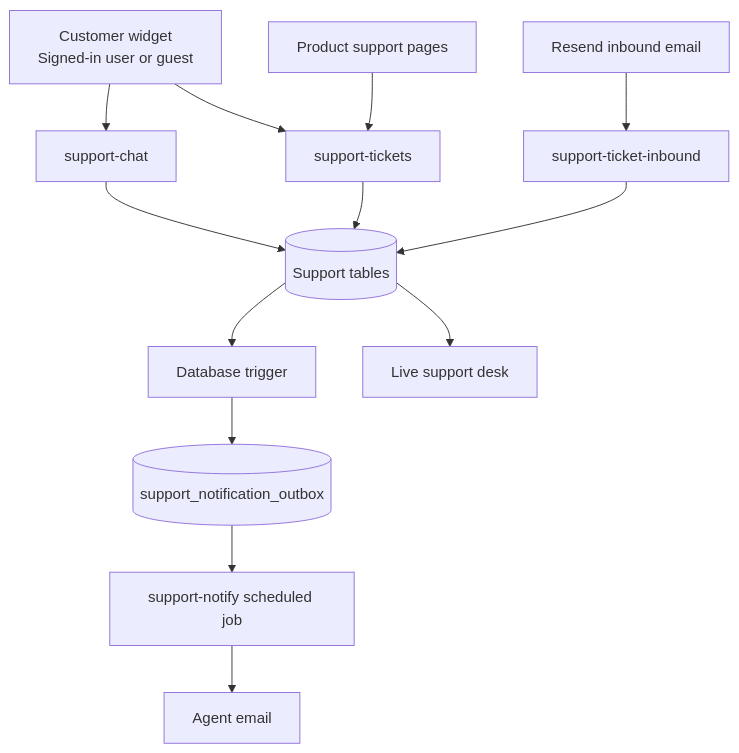
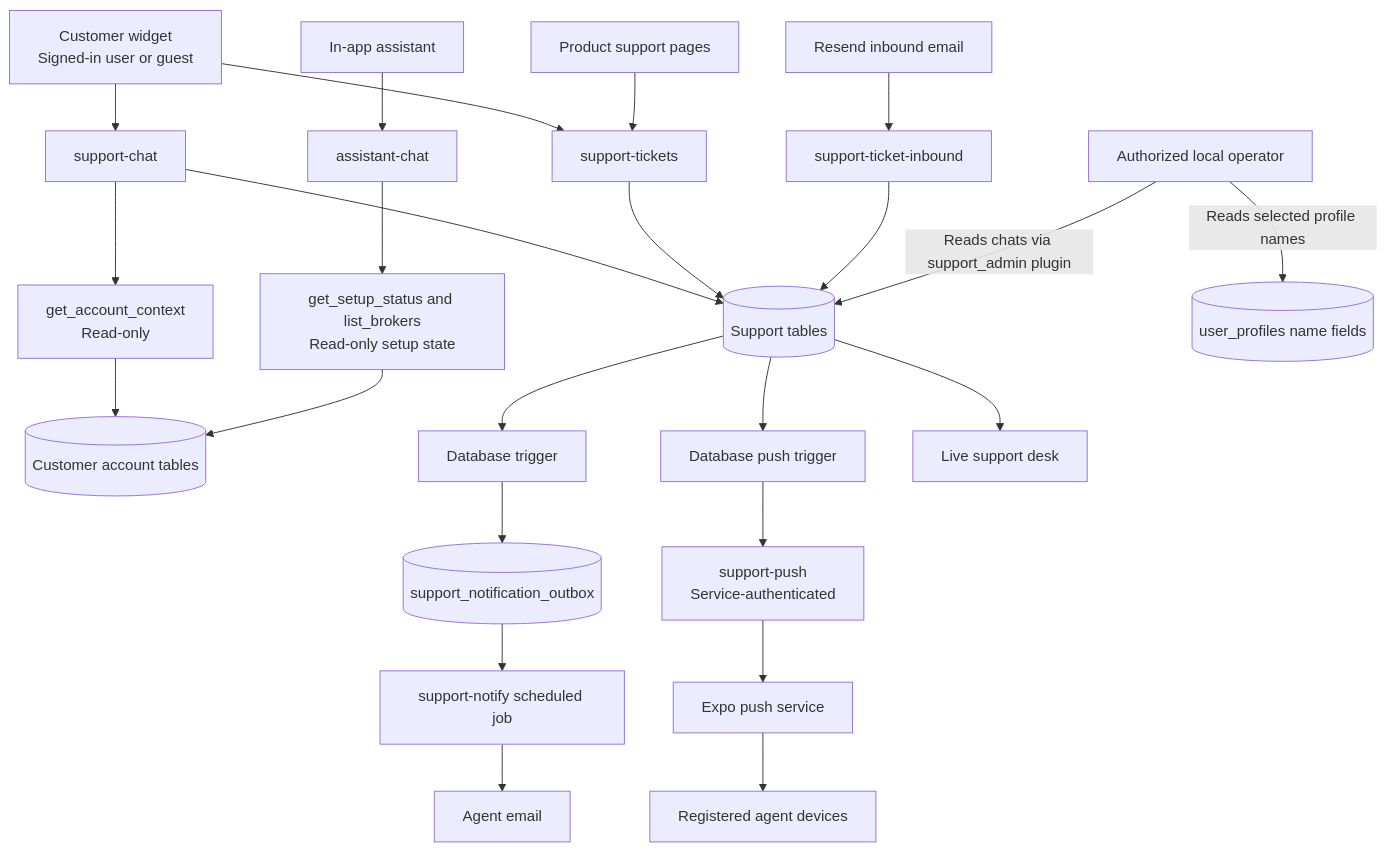
One commit to BZetsu/TScopier changed the ninth of 11 diagrams in docs/architecture.md. Above: the diagram before and after it, drawn with Mermaid. The commit also changed other lines of this file and 13 other files, not shown here.

````diff
--- a/docs/architecture.md
+++ b/docs/architecture.md
@@ -505,19 +507,31 @@
 ```mermaid
 flowchart TB
     Widget["Customer widget\nSigned-in user or guest"]
     Email["Resend inbound email"]
     App["Product support pages"]
+    ProductAssistant["In-app assistant"]
 
     Widget --> Chat["support-chat"]
     Widget --> Tickets["support-tickets"]
     App --> Tickets
     Email --> Inbound["support-ticket-inbound"]
     Chat --> SupportDB[("Support tables")]
+    Chat --> AccountContext["get_account_context\nRead-only"]
+    AccountContext --> AccountDB[("Customer account tables")]
+    ProductAssistant --> AssistantChat["assistant-chat"]
+    AssistantChat --> SetupStatus["get_setup_status and list_brokers\nRead-only setup state"]
+    SetupStatus --> AccountDB
     Tickets --> SupportDB
     Inbound --> SupportDB
     SupportDB --> Trigger["Database trigger"]
     Trigger --> Outbox[("support_notification_outbox")]
     Outbox --> Cron["support-notify scheduled job"]
     Cron --> Resend["Agent email"]
+    SupportDB --> PushTrigger["Database push trigger"]
+    PushTrigger --> Push["support-push\nService-authenticated"]
+    Push --> Expo["Expo push service"]
+    Expo --> Devices["Registered agent devices"]
     SupportDB --> Desk["Live support desk"]
+    Operator["Authorized local operator"] -->|"Reads chats via support_admin plugin"| SupportDB
+    Operator -->|"Reads selected profile names"| ProfileDB[("user_profiles name fields")]
 ```
````
